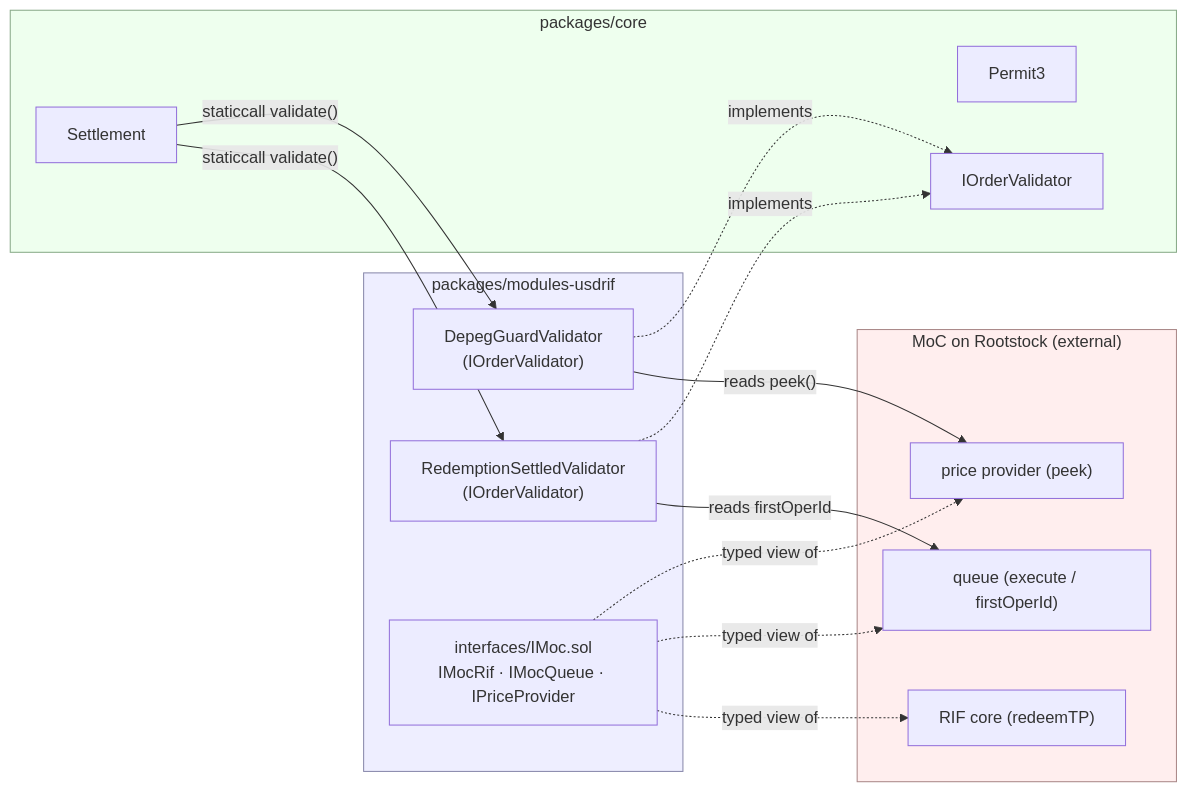
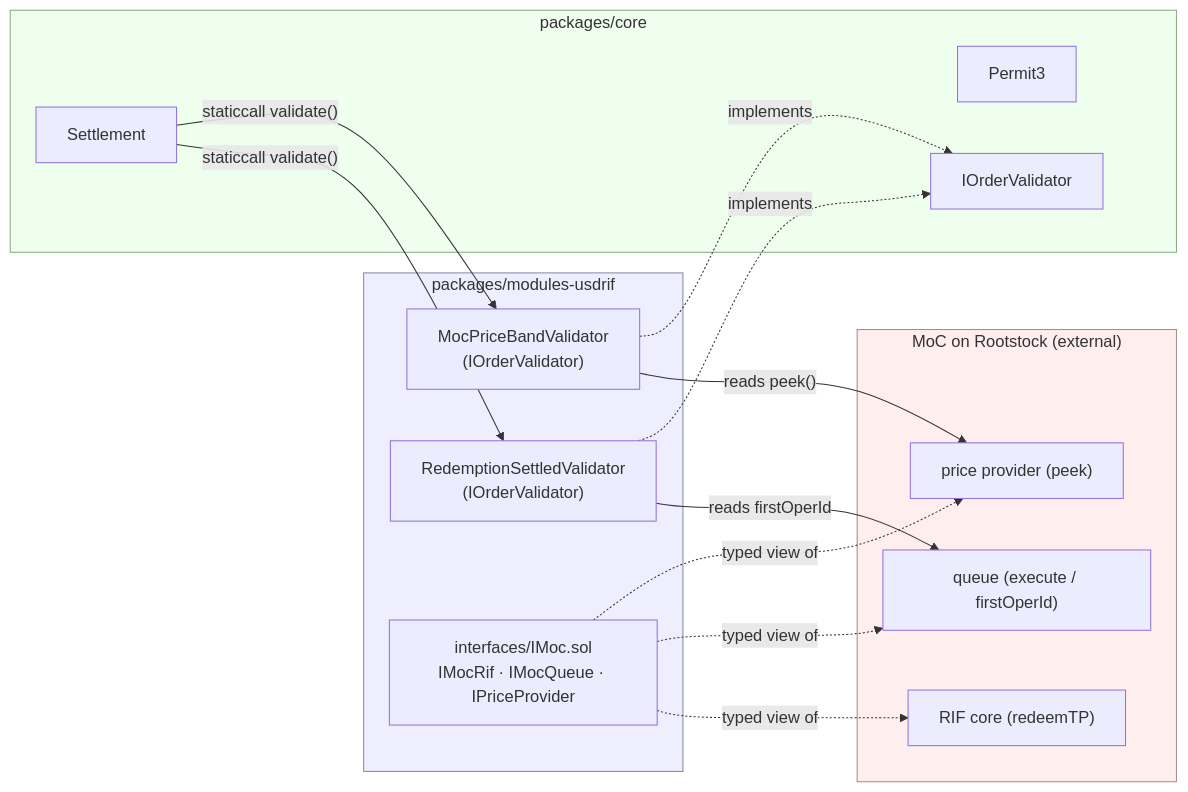
The second of 2 diagrams in packages/modules/redeem/usdrif/ARCHITECTURE.md (1delta-DAO/1delta-X), drawn with Mermaid before and after one commit. The commit also changed other lines of this file and 7 other files, not shown here.

````diff
--- a/packages/modules/redeem/usdrif/ARCHITECTURE.md
+++ b/packages/modules/redeem/usdrif/ARCHITECTURE.md
@@ -109,30 +110,30 @@
 ```mermaid
 flowchart LR
     subgraph usdrif["packages/modules-usdrif"]
         RSV["RedemptionSettledValidator\n(IOrderValidator)"]
-        DGV["DepegGuardValidator\n(IOrderValidator)"]
+        DGV["MocPriceBandValidator\n(IOrderValidator)"]
         IMOC["interfaces/IMoc.sol\nIMocRif · IMocQueue · IPriceProvider"]
     end
     subgraph core["packages/core"]
         SETTLE["Settlement"]
         P3["Permit3"]
         IOV["IOrderValidator"]
     end
     subgraph moc["MoC on Rootstock (external)"]
         CORE["RIF core (redeemTP)"]
         QUEUE["queue (execute / firstOperId)"]
         PP["price provider (peek)"]
     end
 
     SETTLE -- "staticcall validate()" --> RSV
     SETTLE -- "staticcall validate()" --> DGV
     RSV -- "reads firstOperId" --> QUEUE
     DGV -- "reads peek()" --> PP
     RSV -. implements .-> IOV
     DGV -. implements .-> IOV
     IMOC -. typed view of .-> CORE & QUEUE & PP
 
     style usdrif fill:#eef,stroke:#88a
     style core fill:#efe,stroke:#8a8
     style moc fill:#fee,stroke:#a88
 ```
````
